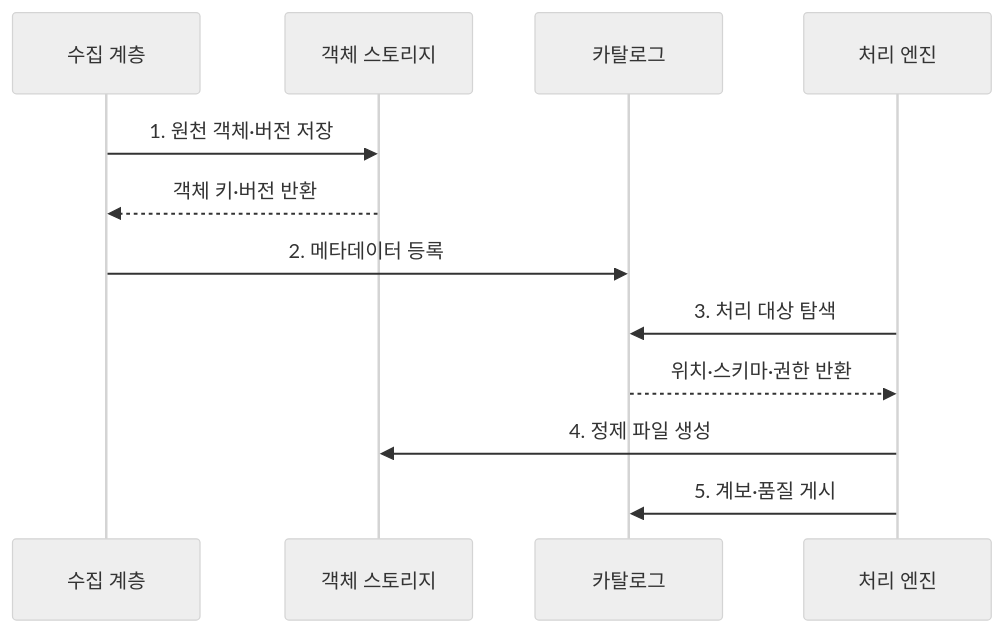
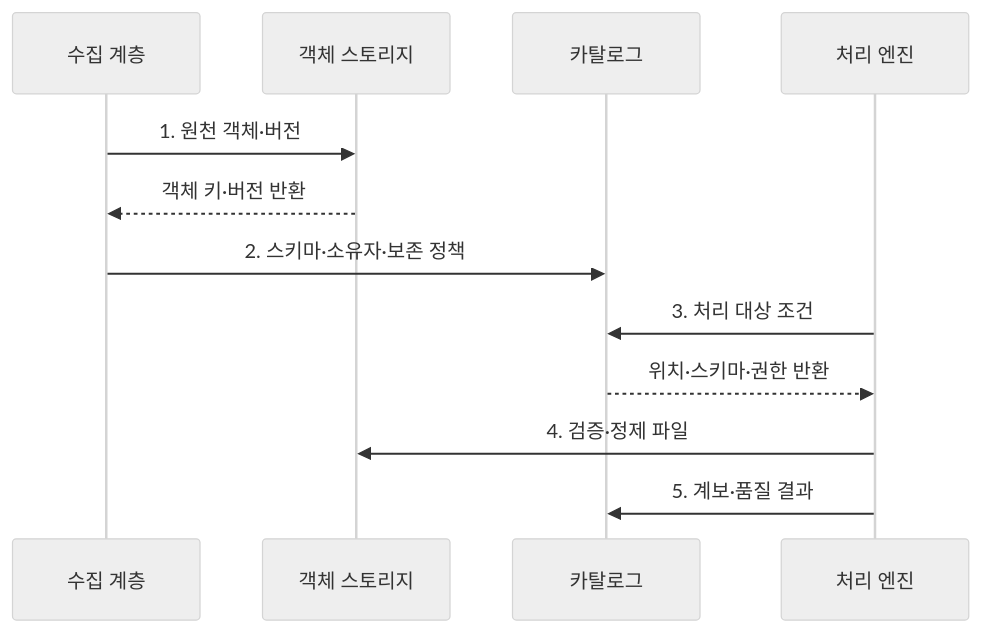
One commit to agnusdei1207/knowledge-base changed the second of 2 diagrams in src/content/docs/notes/03-software/125_data_lake.md. Above: the diagram before and after it, drawn with Mermaid (neutral theme). The commit also changed other lines of this file and 20 other files, not shown here.

````diff
--- a/src/content/docs/notes/03-software/125_data_lake.md
+++ b/src/content/docs/notes/03-software/125_data_lake.md
@@ -81,14 +92,14 @@
 ```mermaid
 sequenceDiagram
     participant I as 수집 계층
     participant O as 객체 스토리지
     participant C as 카탈로그
     participant P as 처리 엔진
-    I->>O: 1. 원천 객체·버전 저장
+    I->>O: 1. 원천 객체·버전
     O-->>I: 객체 키·버전 반환
-    I->>C: 2. 메타데이터 등록
-    P->>C: 3. 처리 대상 탐색
+    I->>C: 2. 스키마·소유자·보존 정책
+    P->>C: 3. 처리 대상 조건
     C-->>P: 위치·스키마·권한 반환
-    P->>O: 4. 정제 파일 생성
-    P->>C: 5. 계보·품질 게시
+    P->>O: 4. 검증·정제 파일
+    P->>C: 5. 계보·품질 결과
 ```
````
